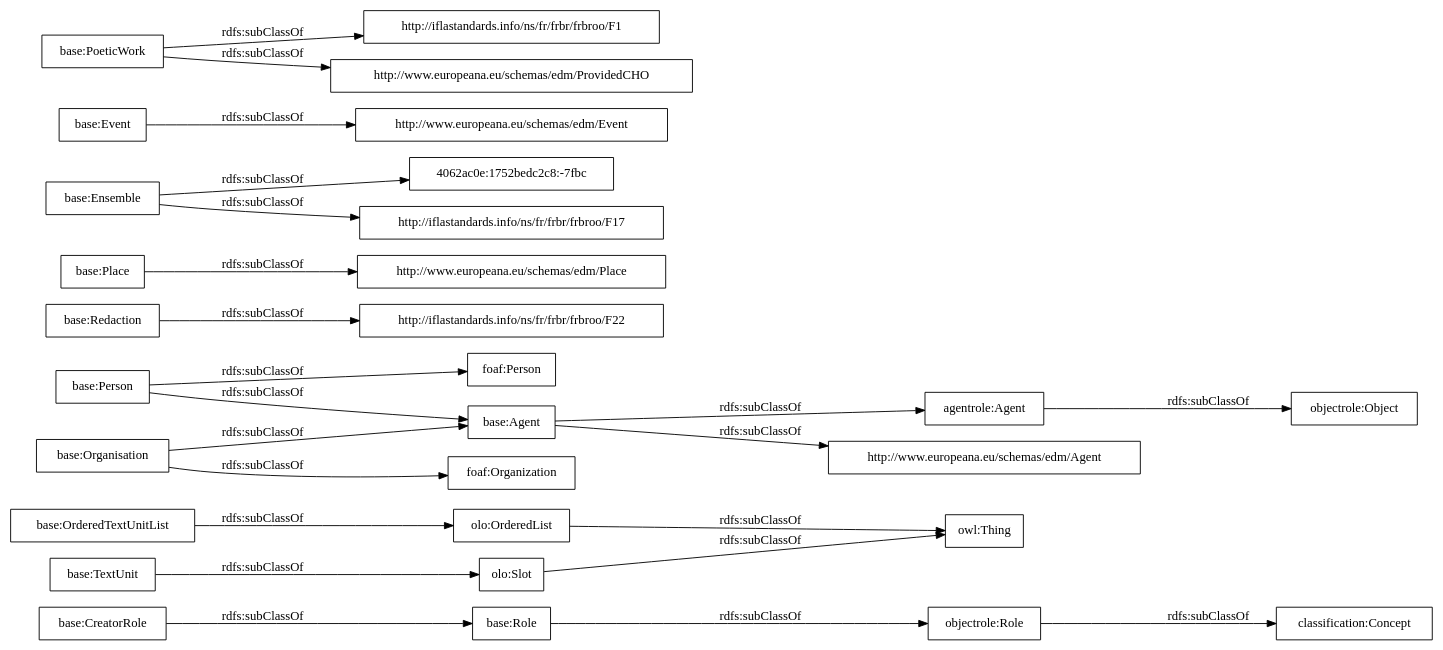
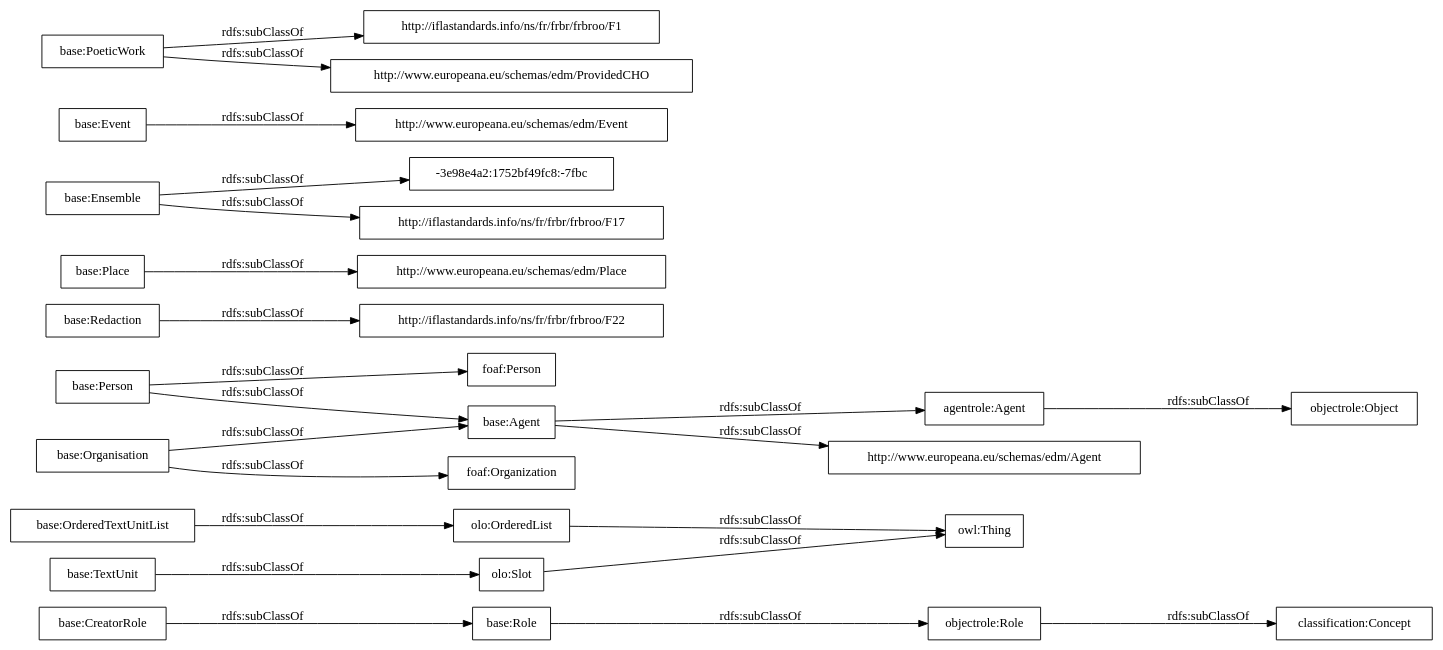
One commit to OnToologyUser/core-ontology-1 changed the diagram in OnToology/postdata-core.owl/diagrams/ar2dtool-taxonomy/postdata-core.owl.png.dot. Above: the diagram before and after it, drawn with Graphviz. The commit also changed 14 other files, not shown here.

```diff
--- a/OnToology/postdata-core.owl/diagrams/ar2dtool-taxonomy/postdata-core.owl.png.dot
+++ b/OnToology/postdata-core.owl/diagrams/ar2dtool-taxonomy/postdata-core.owl.png.dot
@@ -1,27 +1,27 @@
 digraph ar2dtool_diagram { 
 rankdir=LR;
 size="1000"
-node [shape = rectangle, color="black"]; "base:Role" "base:OrderedTextUnitList" "agentrole:Agent" "http://iflastandards.info/ns/fr/frbr/frbroo/F22" "http://www.europeana.eu/schemas/edm/Agent" "base:Agent" "base:CreatorRole" "base:Person" "base:Organisation" "http://www.europeana.eu/schemas/edm/Place" "base:Redaction" "base:Ensemble" "foaf:Person" "http://www.europeana.eu/schemas/edm/Event" "base:TextUnit" "http://iflastandards.info/ns/fr/frbr/frbroo/F1" "foaf:Organization" "http://www.europeana.eu/schemas/edm/ProvidedCHO" "base:Place" "4062ac0e:1752bedc2c8:-7fbc" "base:Event" "base:PoeticWork" "http://iflastandards.info/ns/fr/frbr/frbroo/F17" "owl:Thing" "objectrole:Role" "objectrole:Object" "olo:Slot" "olo:OrderedList" "classification:Concept" ; /*classes style*/
+node [shape = rectangle, color="black"]; "base:Role" "base:OrderedTextUnitList" "agentrole:Agent" "http://iflastandards.info/ns/fr/frbr/frbroo/F22" "http://www.europeana.eu/schemas/edm/Agent" "base:Agent" "base:CreatorRole" "base:Person" "base:Organisation" "http://www.europeana.eu/schemas/edm/Place" "base:Redaction" "foaf:Person" "base:Ensemble" "http://www.europeana.eu/schemas/edm/Event" "base:TextUnit" "http://iflastandards.info/ns/fr/frbr/frbroo/F1" "foaf:Organization" "http://www.europeana.eu/schemas/edm/ProvidedCHO" "base:Place" "-3e98e4a2:1752bf49fc8:-7fbc" "base:Event" "base:PoeticWork" "http://iflastandards.info/ns/fr/frbr/frbroo/F17" "owl:Thing" "objectrole:Role" "objectrole:Object" "olo:Slot" "olo:OrderedList" "classification:Concept" ; /*classes style*/
 	"base:Redaction" -> "http://iflastandards.info/ns/fr/frbr/frbroo/F22" [ label = "rdfs:subClassOf" ];
 	"base:Role" -> "objectrole:Role" [ label = "rdfs:subClassOf" ];
 	"base:Event" -> "http://www.europeana.eu/schemas/edm/Event" [ label = "rdfs:subClassOf" ];
 	"base:Person" -> "foaf:Person" [ label = "rdfs:subClassOf" ];
 	"base:Person" -> "base:Agent" [ label = "rdfs:subClassOf" ];
 	"olo:OrderedList" -> "owl:Thing" [ label = "rdfs:subClassOf" ];
 	"olo:Slot" -> "owl:Thing" [ label = "rdfs:subClassOf" ];
 	"base:PoeticWork" -> "http://www.europeana.eu/schemas/edm/ProvidedCHO" [ label = "rdfs:subClassOf" ];
 	"base:PoeticWork" -> "http://iflastandards.info/ns/fr/frbr/frbroo/F1" [ label = "rdfs:subClassOf" ];
 	"base:TextUnit" -> "olo:Slot" [ label = "rdfs:subClassOf" ];
 	"agentrole:Agent" -> "objectrole:Object" [ label = "rdfs:subClassOf" ];
-	"base:Ensemble" -> "4062ac0e:1752bedc2c8:-7fbc" [ label = "rdfs:subClassOf" ];
+	"base:Ensemble" -> "-3e98e4a2:1752bf49fc8:-7fbc" [ label = "rdfs:subClassOf" ];
 	"base:Ensemble" -> "http://iflastandards.info/ns/fr/frbr/frbroo/F17" [ label = "rdfs:subClassOf" ];
 	"base:OrderedTextUnitList" -> "olo:OrderedList" [ label = "rdfs:subClassOf" ];
 	"base:Agent" -> "agentrole:Agent" [ label = "rdfs:subClassOf" ];
 	"base:Agent" -> "http://www.europeana.eu/schemas/edm/Agent" [ label = "rdfs:subClassOf" ];
 	"objectrole:Role" -> "classification:Concept" [ label = "rdfs:subClassOf" ];
 	"base:Place" -> "http://www.europeana.eu/schemas/edm/Place" [ label = "rdfs:subClassOf" ];
 	"base:Organisation" -> "foaf:Organization" [ label = "rdfs:subClassOf" ];
 	"base:Organisation" -> "base:Agent" [ label = "rdfs:subClassOf" ];
 	"base:CreatorRole" -> "base:Role" [ label = "rdfs:subClassOf" ];
 
 }
```
